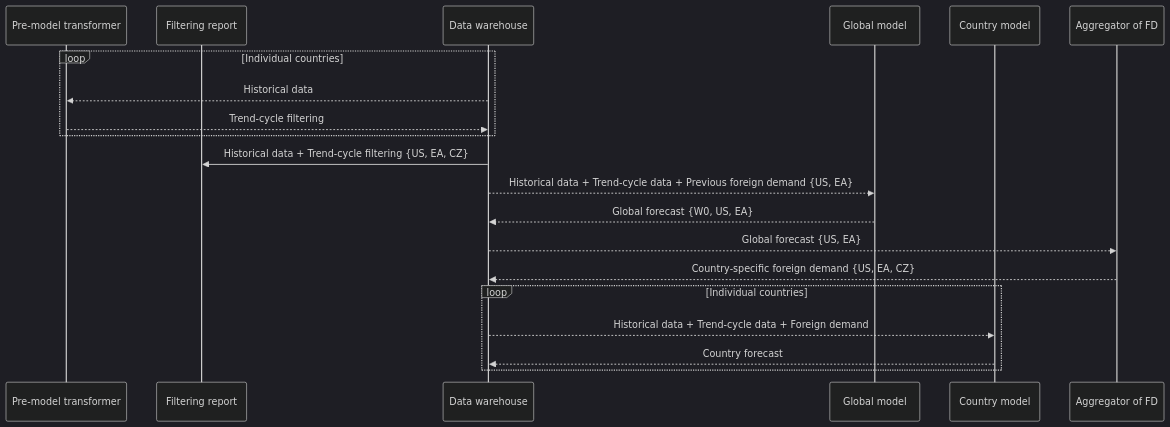
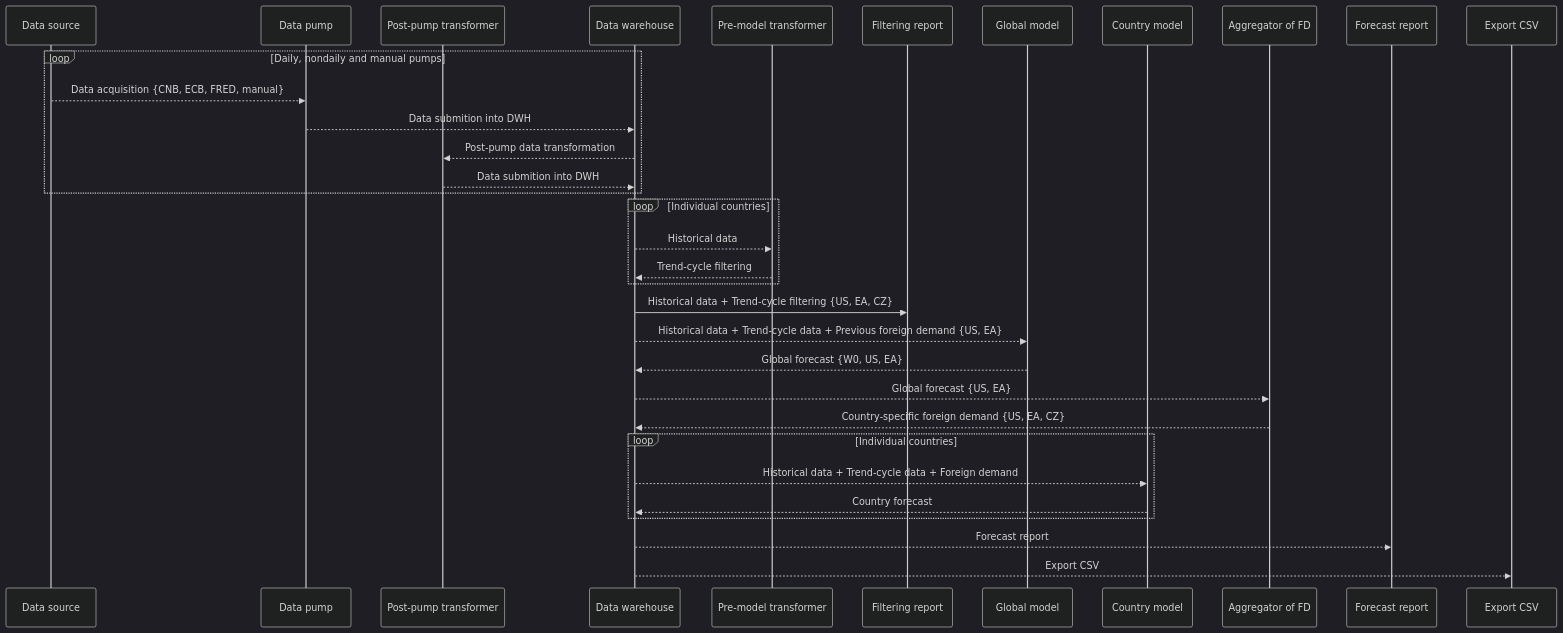
The diagram in big-picture-forecast.md (OGR-EIU/docs-workflows), drawn with Mermaid (dark theme) before and after one commit.

Commit message:
Update big-picture-forecast.md
Added pump workflow

````diff
--- a/big-picture-forecast.md
+++ b/big-picture-forecast.md
@@ -4,27 +4,43 @@
 ```mermaid
 sequenceDiagram
+	participant SRC as Data source
+	participant PUMP as Data pump
+	participant TRAN as Post-pump transformer
+	participant DWH as Data warehouse
     participant PREM as Pre-model transformer
-    participant REPF as Filtering report
-    participant DWH as Data warehouse
+    participant FILR as Filtering report
     participant GLOB as Global model
     participant CTRY as Country model
     participant AGGR as Aggregator of FD
+    participant FORR as Forecast report
+    participant CSVF as Export CSV
+
+    loop Daily, nondaily and manual pumps
+        SRC -->> PUMP: Data acquisition {CNB, ECB, FRED, manual}
+        PUMP -->> DWH: Data submition into DWH
+        DWH -->> TRAN: Post-pump data transformation
+        TRAN -->> DWH: Data submition into DWH
+    end
 
     loop Individual countries
         DWH -->> PREM: Historical data
         PREM -->> DWH: Trend-cycle filtering
     end
 
-    DWH ->> REPF: Historical data + Trend-cycle filtering {US, EA, CZ}
+    DWH ->> FILR: Historical data + Trend-cycle filtering {US, EA, CZ}
 
     DWH -->> GLOB: Historical data + Trend-cycle data + Previous foreign demand {US, EA}
     GLOB -->> DWH: Global forecast {W0, US, EA}
 
     DWH -->> AGGR: Global forecast {US, EA}
     AGGR -->> DWH: Country-specific foreign demand {US, EA, CZ}
 
     loop Individual countries
         DWH -->> CTRY: Historical data + Trend-cycle data + Foreign demand
         CTRY -->> DWH: Country forecast
     end
+
+	DWH -->> FORR: Forecast report
+
+	DWH -->> CSVF: Export CSV
 ```
````
